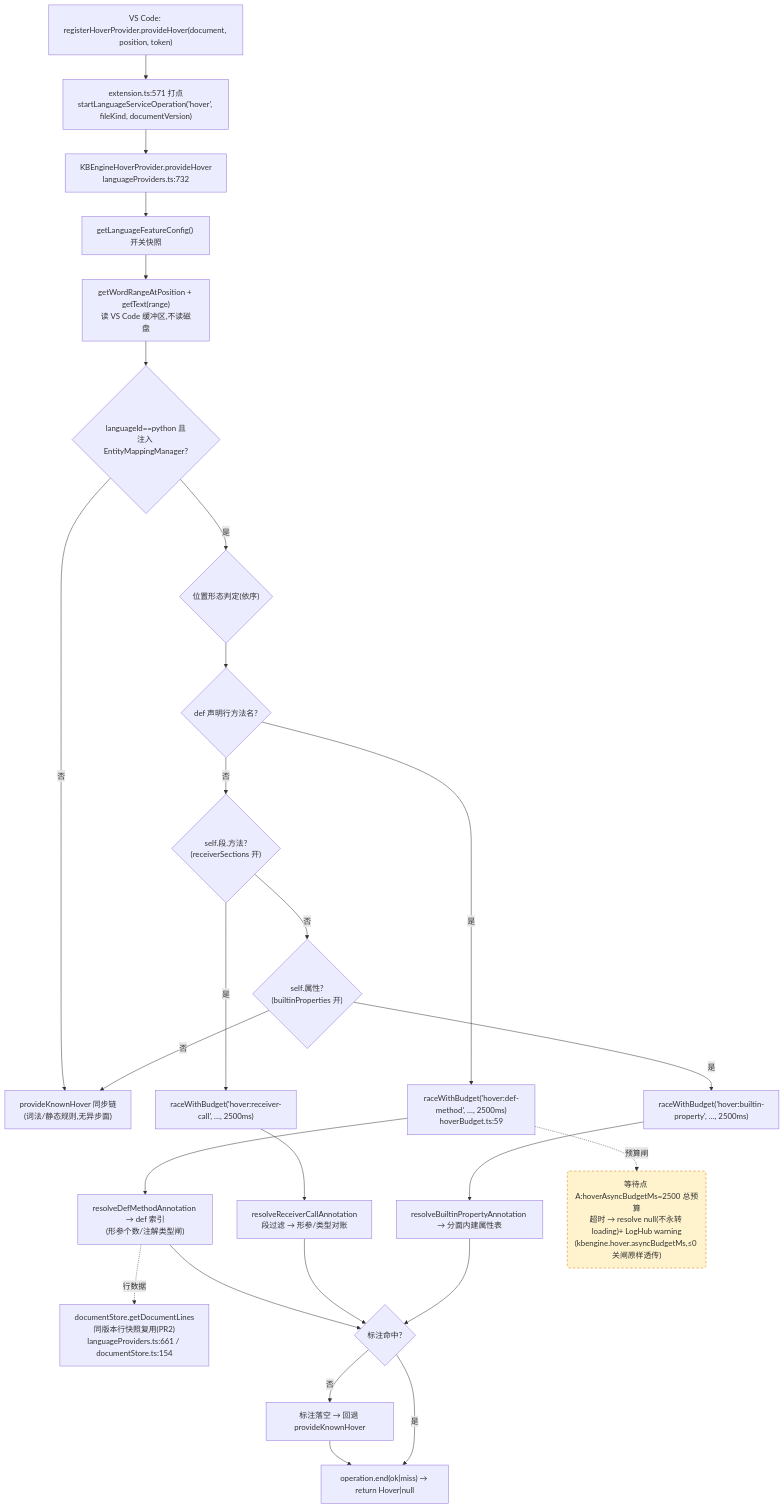
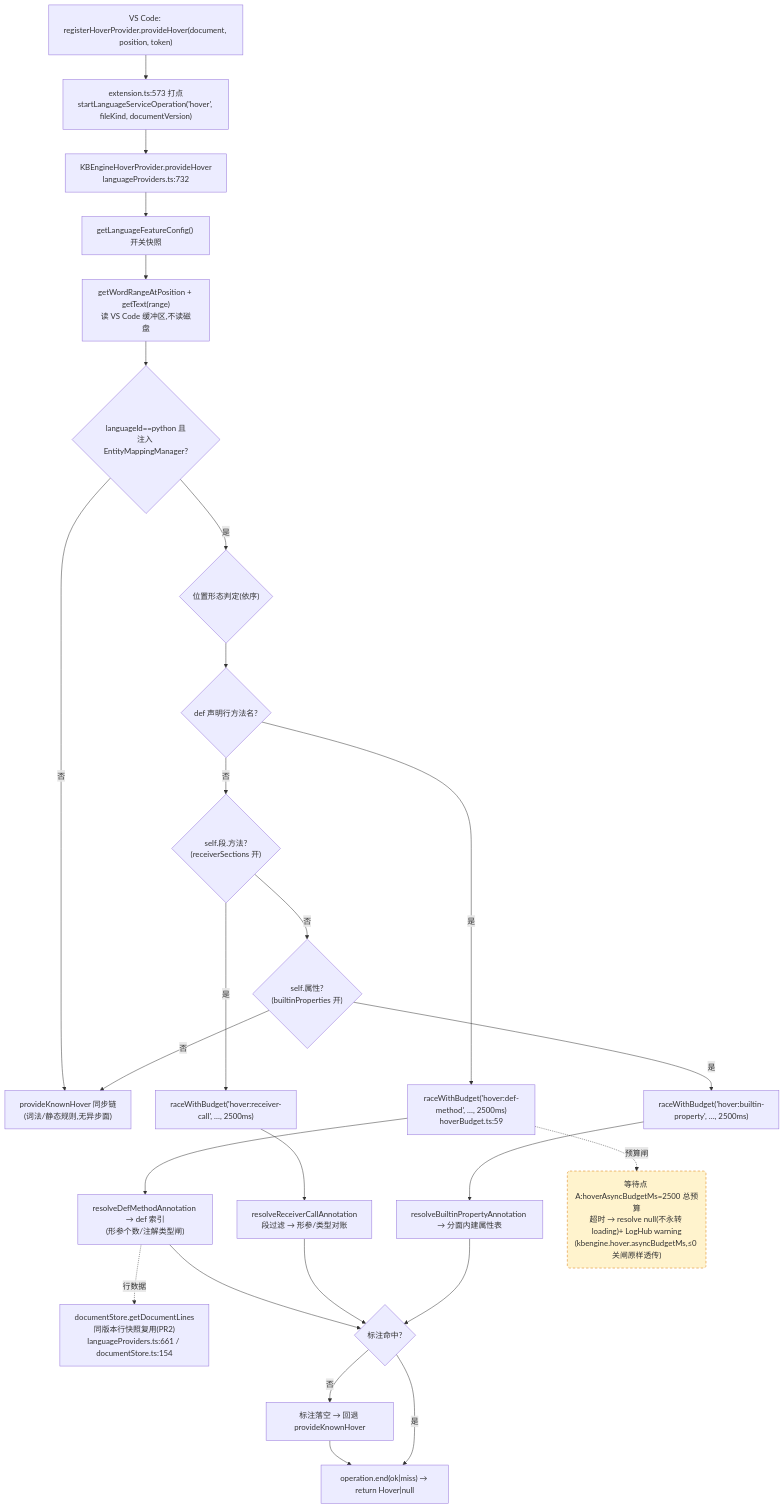
Before and after one commit to cuihairu/kode: the first of 4 diagrams in docs/perf/2026-baseline.md, drawn with Mermaid. The commit also changed other lines of this file and 6 other files, not shown here.

````diff
--- a/docs/perf/2026-baseline.md
+++ b/docs/perf/2026-baseline.md
@@ -82,45 +82,45 @@
 ```mermaid
 flowchart TD
   VC1["VS Code: registerHoverProvider.provideHover(document, position, token)"]
-  M1["extension.ts:571 打点<br/>startLanguageServiceOperation('hover', fileKind, documentVersion)"]
+  M1["extension.ts:573 打点<br/>startLanguageServiceOperation('hover', fileKind, documentVersion)"]
   HP["KBEngineHoverProvider.provideHover<br/>languageProviders.ts:732"]
   CFG["getLanguageFeatureConfig() 开关快照"]
   WORD["getWordRangeAtPosition + getText(range)<br/>读 VS Code 缓冲区,不读磁盘"]
   BR{"languageId==python 且<br/>注入 EntityMappingManager?"}
   KN["provideKnownHover 同步链<br/>(词法/静态规则,无异步面)"]
   POS{"位置形态判定(依序)"}
   D1{"def 声明行方法名?"}
   D2{"self.段.方法?<br/>(receiverSections 开)"}
   D3{"self.属性?<br/>(builtinProperties 开)"}
   RA1["raceWithBudget('hover:def-method', …, 2500ms)<br/>hoverBudget.ts:59"]
   RA2["raceWithBudget('hover:receiver-call', …, 2500ms)"]
   RA3["raceWithBudget('hover:builtin-property', …, 2500ms)"]
   RS1["resolveDefMethodAnnotation → def 索引<br/>(形参个数/注解类型闸)"]
   RS2["resolveReceiverCallAnnotation<br/>段过滤 → 形参/类型对账"]
   RS3["resolveBuiltinPropertyAnnotation → 分面内建属性表"]
   LINES["documentStore.getDocumentLines<br/>同版本行快照复用(PR2)<br/>languageProviders.ts:661 / documentStore.ts:154"]
   MISS["标注落空 → 回退 provideKnownHover"]
   END1["operation.end(ok|miss) → return Hover|null"]
 
   VC1 --> M1 --> HP --> CFG --> WORD --> BR
   BR -- "否" --> KN
   BR -- "是" --> POS --> D1
   D1 -- "是" --> RA1 --> RS1
   D1 -- "否" --> D2
   D2 -- "是" --> RA2 --> RS2
   D2 -- "否" --> D3
   D3 -- "是" --> RA3 --> RS3
   D3 -- "否" --> KN
   RS1 --> HIT{"标注命中?"}
   RS2 --> HIT
   RS3 --> HIT
   RS1 -.->|行数据| LINES
   HIT -- "否" --> MISS --> END1
   HIT -- "是" --> END1
 
   WAITA("等待点 A:hoverAsyncBudgetMs=2500 总预算<br/>超时 → resolve null(不永转 loading)+ LogHub warning<br/>(kbengine.hover.asyncBudgetMs,≤0 关闸原样透传)")
   RA1 -.->|预算闸| WAITA
 
   classDef waitPoint fill:#fff3cd,stroke:#d97706,stroke-dasharray:5 4;
   class WAITA waitPoint;
 ```
````
